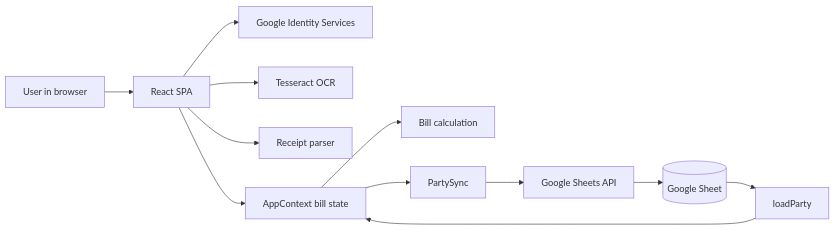
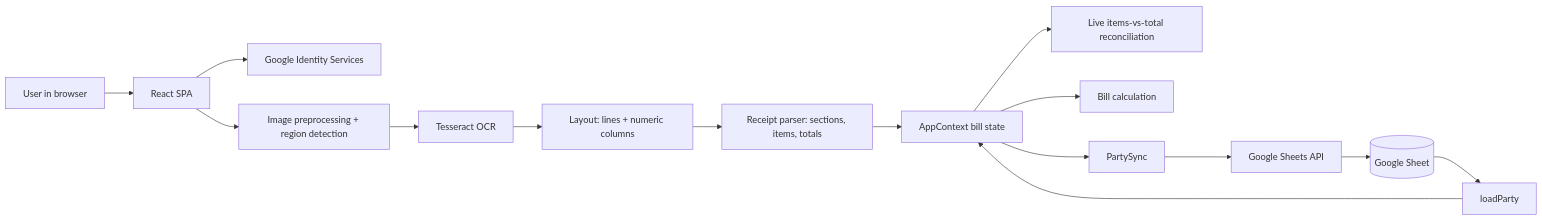
The first of 7 diagrams in docs/APP_DOCUMENTATION.md (Karthik-29/SnapSplit), drawn with Mermaid before and after one commit. The commit also changed other lines of this file and 59 other files, not shown here.

````diff
--- a/docs/APP_DOCUMENTATION.md
+++ b/docs/APP_DOCUMENTATION.md
@@ -9,14 +9,17 @@
 ```mermaid
 flowchart LR
   User[User in browser] --> React[React SPA]
   React --> Auth[Google Identity Services]
-  React --> OCR[Tesseract OCR]
-  React --> Parser[Receipt parser]
-  React --> AppState[AppContext bill state]
+  React --> ImagePipeline[Image preprocessing + region detection]
+  ImagePipeline --> OCR[Tesseract OCR]
+  OCR --> Layout[Layout: lines + numeric columns]
+  Layout --> Parser[Receipt parser: sections, items, totals]
+  Parser --> AppState[AppContext bill state]
+  AppState --> Reconcile[Live items-vs-total reconciliation]
   AppState --> Calc[Bill calculation]
   AppState --> Sync[PartySync]
   Sync --> SheetsAPI[Google Sheets API]
   SheetsAPI --> Sheet[(Google Sheet)]
   Sheet --> Load[loadParty]
   Load --> AppState
 ```
````
